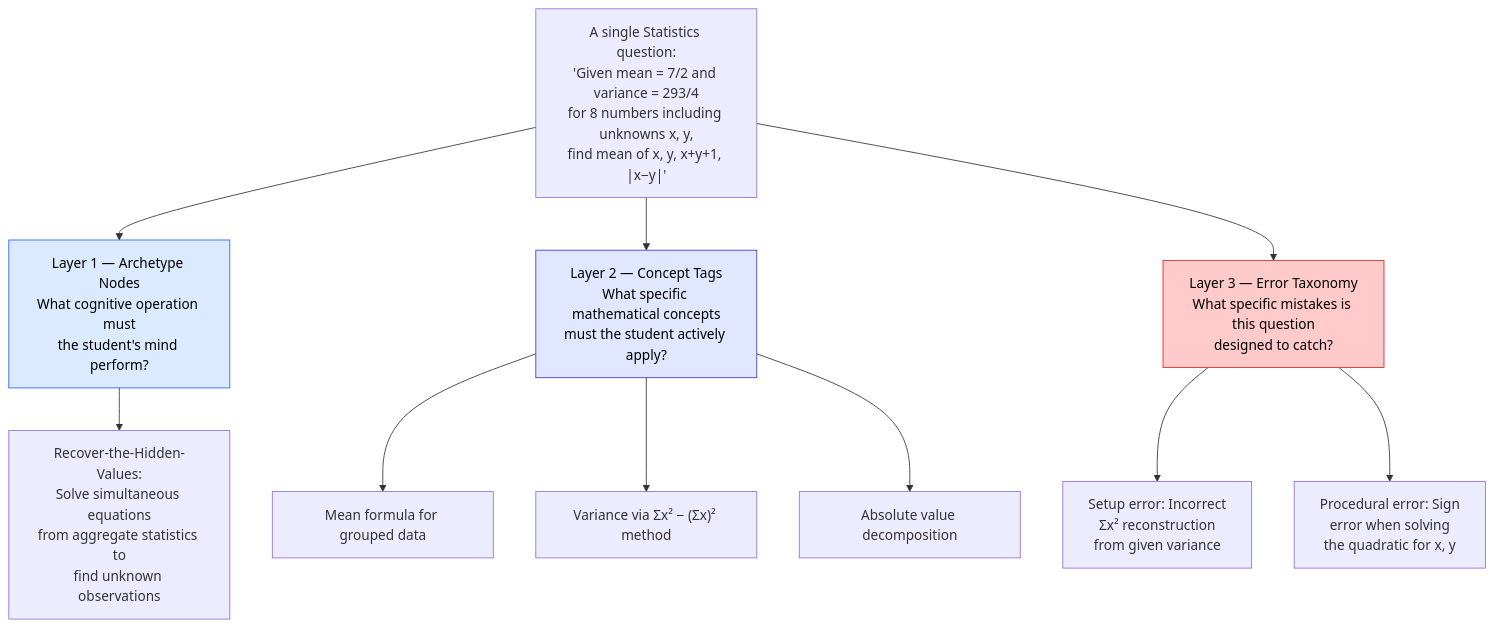
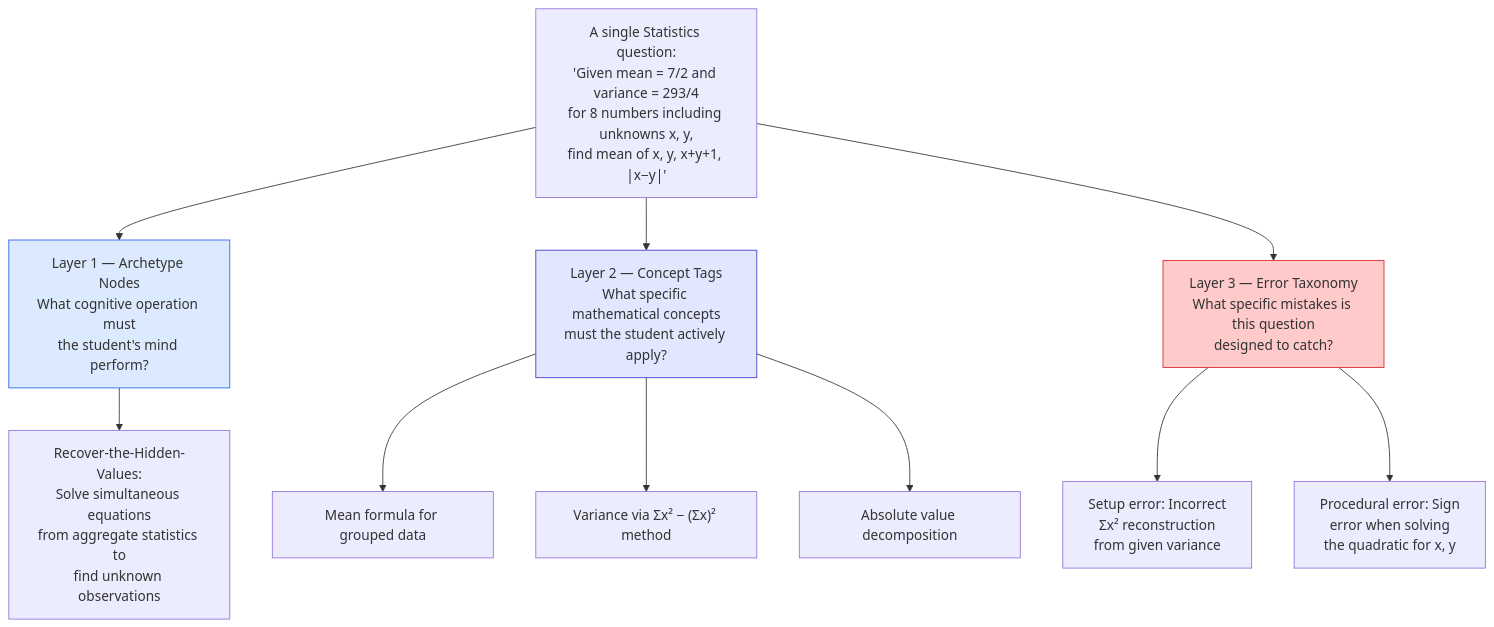
The first of 7 diagrams in CASE_STUDY.md (devangi-08/LECO), drawn with Mermaid before and after one commit. The commit also changed other lines of this file, not shown here.

````diff
--- a/CASE_STUDY.md
+++ b/CASE_STUDY.md
@@ -67,21 +67,21 @@
 ```mermaid
 flowchart TD
     Q["A single Statistics question:\n'Given mean = 7/2 and variance = 293/4\nfor 8 numbers including unknowns x, y,\nfind mean of x, y, x+y+1, |x−y|'"]
 
     Q --> NODES["Layer 1 — Archetype Nodes\nWhat cognitive operation must\nthe student's mind perform?"]
     Q --> CONCEPTS["Layer 2 — Concept Tags\nWhat specific mathematical concepts\nmust the student actively apply?"]
     Q --> ERRORS["Layer 3 — Error Taxonomy\nWhat specific mistakes is this question\ndesigned to catch?"]
 
     NODES --> N1["Recover-the-Hidden-Values:\nSolve simultaneous equations\nfrom aggregate statistics to\nfind unknown observations"]
 
     CONCEPTS --> C1["Mean formula for grouped data"]
     CONCEPTS --> C2["Variance via Σx² − (Σx)² method"]
     CONCEPTS --> C3["Absolute value decomposition"]
 
     ERRORS --> E1["Setup error: Incorrect\nΣx² reconstruction\nfrom given variance"]
     ERRORS --> E2["Procedural error: Sign\nerror when solving\nthe quadratic for x, y"]
 
-    style NODES fill:#dbeafe,stroke:#2563eb,color:#000000
-    style CONCEPTS fill:#e0e7ff,stroke:#4338ca,color:#000000
-    style ERRORS fill:#fecaca,stroke:#dc2626,color:#000000
+    style NODES fill:#dbeafe,stroke:#2563eb
+    style CONCEPTS fill:#e0e7ff,stroke:#4338ca
+    style ERRORS fill:#fecaca,stroke:#dc2626
 ```
````
